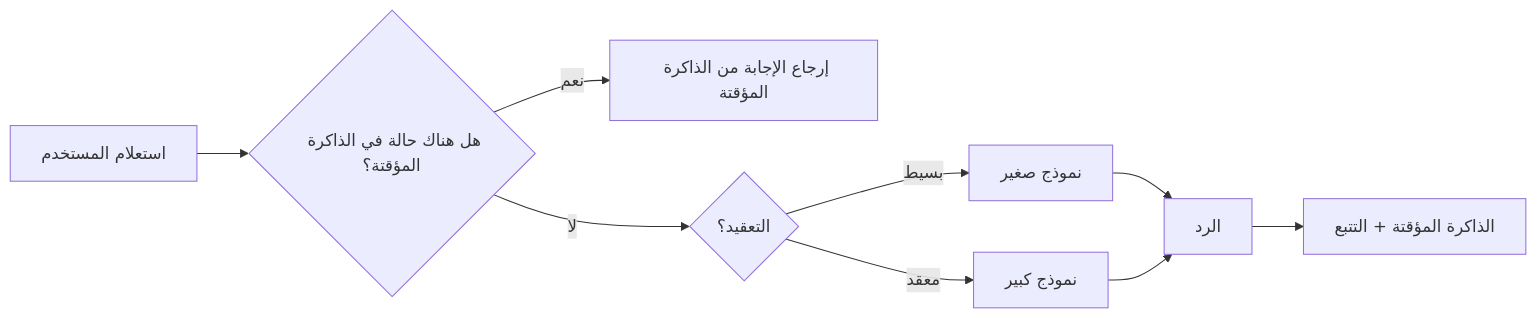
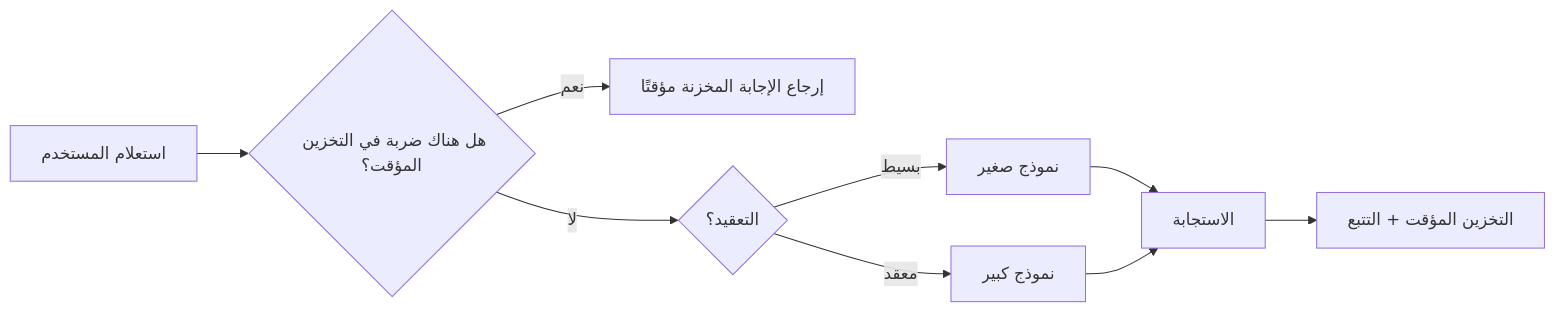
The third of 4 diagrams in mirrors/repos/microsoft@ai-agents-for-beginners/translations/ar/16-deploying-scalable-agents/README.md (gabrielmoreira/agent-skills-mirror), drawn with Mermaid before and after one commit. The commit also changed other lines of this file and 4262 other files, not shown here.

````diff
--- a/mirrors/repos/microsoft@ai-agents-for-beginners/translations/ar/16-deploying-scalable-agents/README.md
+++ b/mirrors/repos/microsoft@ai-agents-for-beginners/translations/ar/16-deploying-scalable-agents/README.md
@@ -134,11 +134,11 @@
 ```mermaid
 flowchart LR
-    Q[استعلام المستخدم] --> C{هل هناك حالة في الذاكرة المؤقتة؟}
-    C -->|نعم| R[إرجاع الإجابة من الذاكرة المؤقتة]
+    Q[استعلام المستخدم] --> C{هل هناك ضربة في التخزين المؤقت؟}
+    C -->|نعم| R[إرجاع الإجابة المخزنة مؤقتًا]
     C -->|لا| Router{التعقيد؟}
     Router -->|بسيط| SLM[نموذج صغير]
     Router -->|معقد| LLM[نموذج كبير]
-    SLM --> Out[الرد]
+    SLM --> Out[الاستجابة]
     LLM --> Out
-    Out --> Store[الذاكرة المؤقتة + التتبع]
+    Out --> Store[التخزين المؤقت + التتبع]
 ```
````
